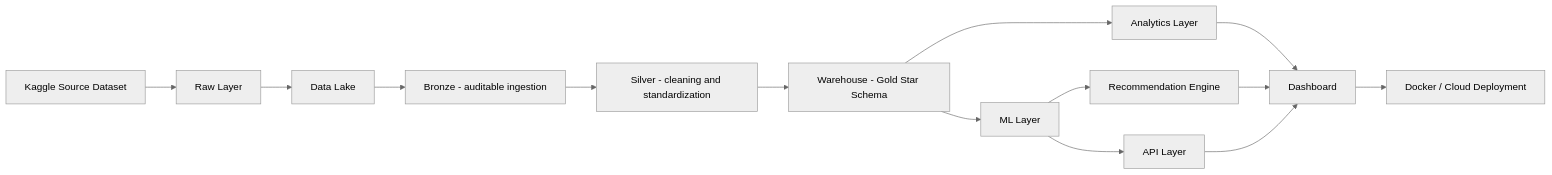
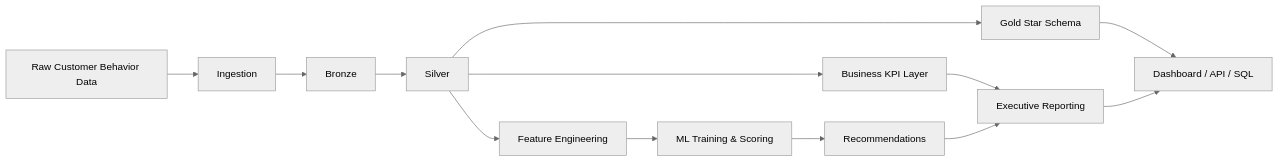
Before and after one commit to samuelmaia-data-analyst/Revenue-Intelligence-Platform-End-to-End-Analytics-ML-System: the diagram in README.md, drawn with Mermaid (neutral theme). The commit also changed other lines of this file, not shown here.

````diff
--- a/README.md
+++ b/README.md
@@ -114,16 +32,15 @@
 ```mermaid
 flowchart LR
-    A[Kaggle Source Dataset] --> B[Raw Layer]
-    B --> C[Data Lake]
-    C --> D[Bronze - auditable ingestion]
-    D --> E[Silver - cleaning and standardization]
-    E --> F[Warehouse - Gold Star Schema]
-    F --> G[Analytics Layer]
-    F --> H[ML Layer]
-    H --> I[Recommendation Engine]
-    H --> J[API Layer]
-    G --> K[Dashboard]
-    I --> K
+    A[Raw Customer Behavior Data] --> B[Ingestion]
+    B --> C[Bronze]
+    C --> D[Silver]
+    D --> E[Feature Engineering]
+    D --> F[Gold Star Schema]
+    E --> G[ML Training & Scoring]
+    D --> H[Business KPI Layer]
+    G --> I[Recommendations]
+    H --> J[Executive Reporting]
+    I --> J
+    F --> K[Dashboard / API / SQL]
     J --> K
-    K --> L[Docker / Cloud Deployment]
 ```
````
